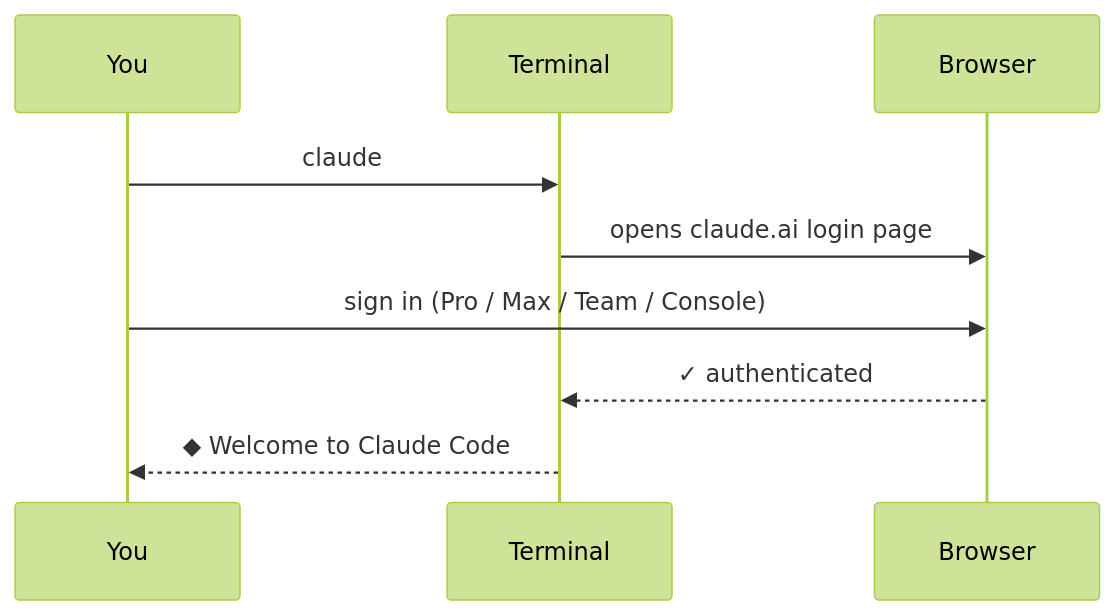
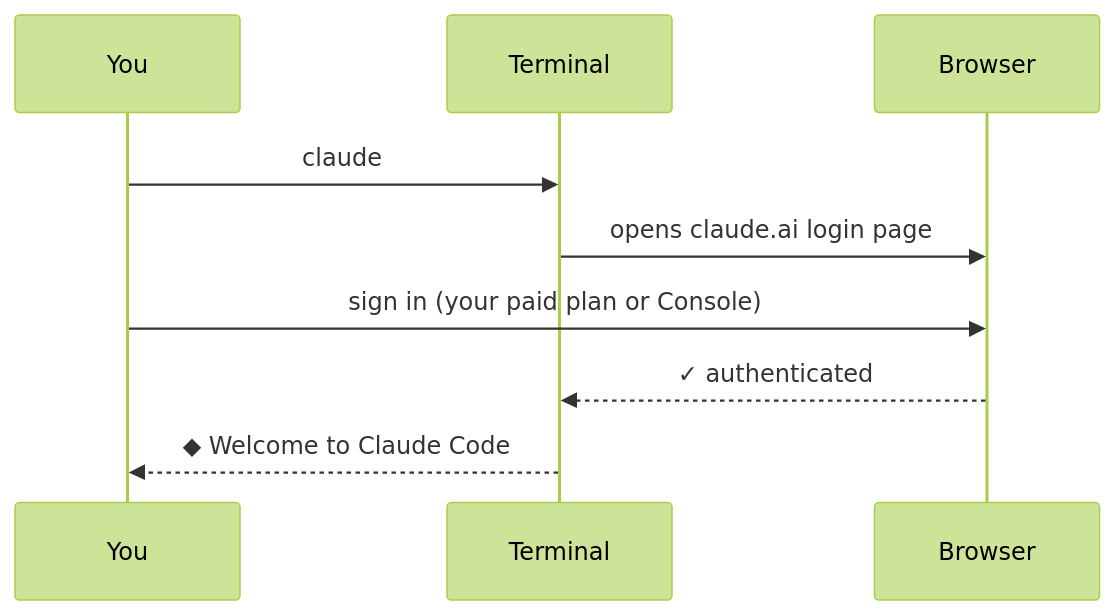
The second of 2 diagrams in docs/02-install.md (velesnitski/claude-code-quickstart), drawn with Mermaid (forest theme) before and after one commit. The commit also changed other lines of this file and 10 other files, not shown here.

````diff
--- a/docs/02-install.md
+++ b/docs/02-install.md
@@ -113,11 +115,11 @@
 ```mermaid
 sequenceDiagram
     participant You
     participant Terminal as Terminal
     participant Browser
     You->>Terminal: claude
     Terminal->>Browser: opens claude.ai login page
-    You->>Browser: sign in (Pro / Max / Team / Console)
+    You->>Browser: sign in (your paid plan or Console)
     Browser-->>Terminal: ✓ authenticated
     Terminal-->>You: ◆ Welcome to Claude Code
 ```
````
